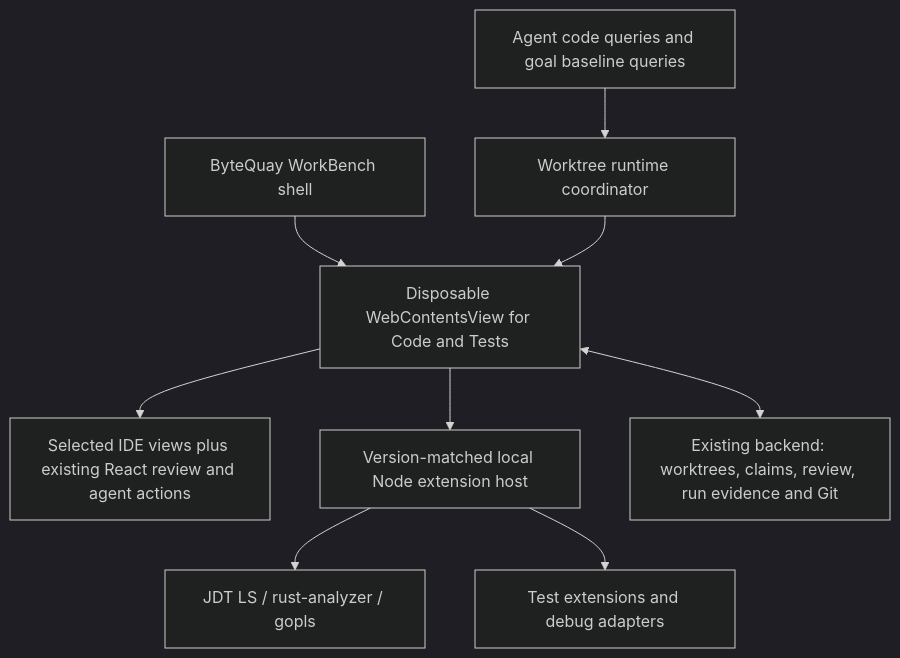
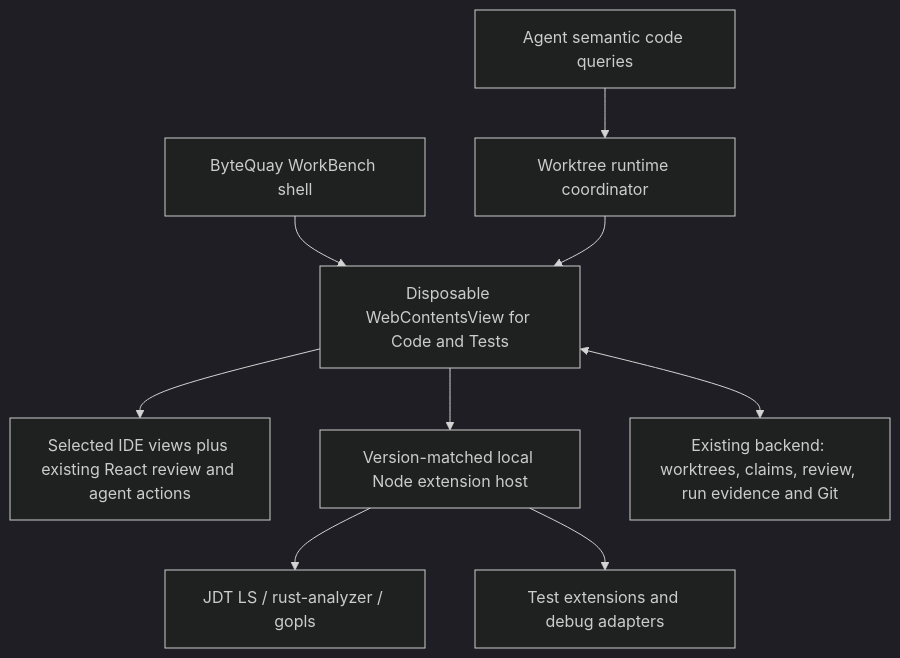
Before and after one commit to bytequay/bytequay: the diagram in docs/design/code-tests-ide-refactor.md, drawn with Mermaid (dark theme). The commit also changed other lines of this file and 6 other files, not shown here.

Commit message:
Use baseline source excerpts in goal lessons

````diff
--- a/docs/design/code-tests-ide-refactor.md
+++ b/docs/design/code-tests-ide-refactor.md
@@ -122,11 +122,11 @@
 ```mermaid
 flowchart TD
   Shell[ByteQuay WorkBench shell] --> View[Disposable WebContentsView for Code and Tests]
   View --> UI[Selected IDE views plus existing React review and agent actions]
   View --> Host[Version-matched local Node extension host]
   Host --> Languages[JDT LS / rust-analyzer / gopls]
   Host --> Execution[Test extensions and debug adapters]
   View <--> Backend[Existing backend: worktrees, claims, review, run evidence and Git]
-  Agent[Agent code queries and goal baseline queries] --> Coordinator[Worktree runtime coordinator]
+  Agent[Agent semantic code queries] --> Coordinator[Worktree runtime coordinator]
   Coordinator --> View
 ```
````
